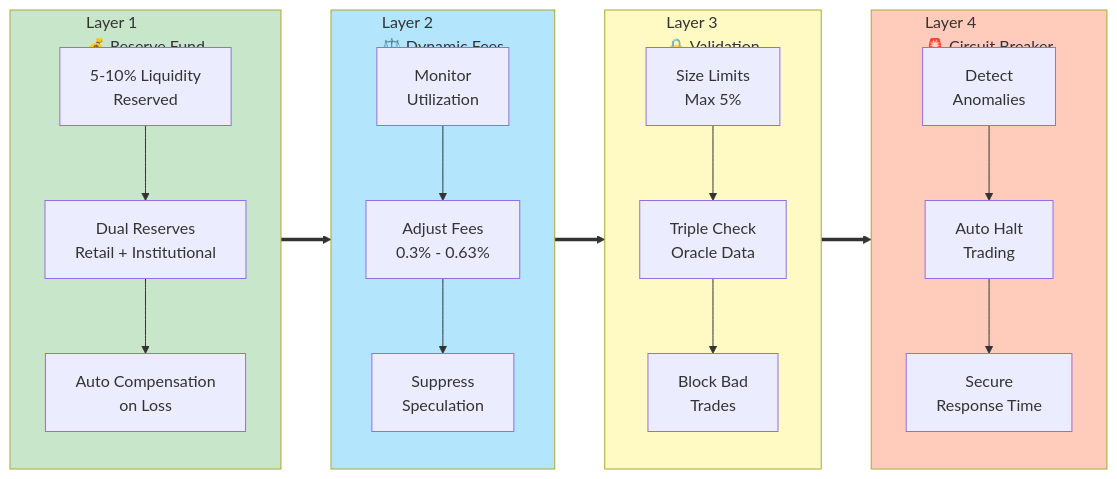
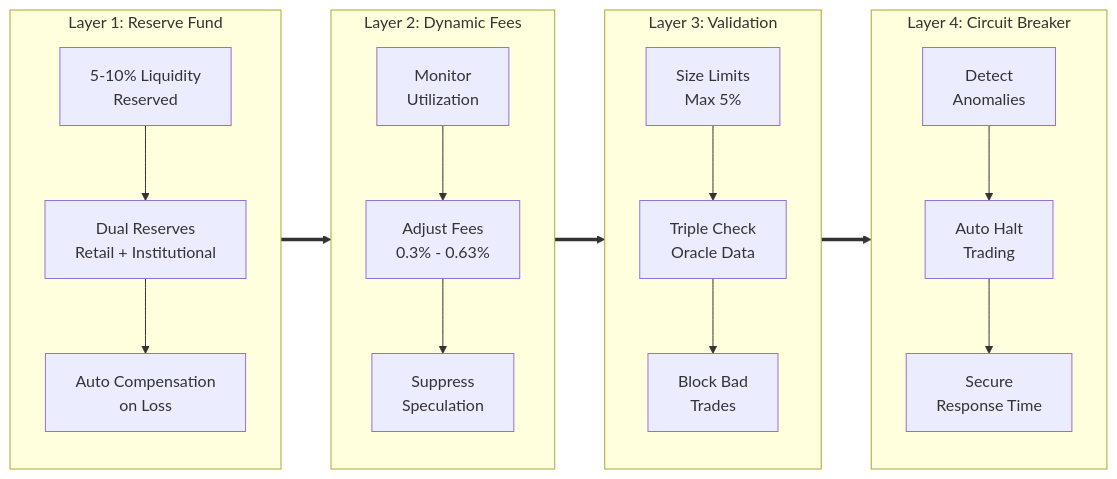
One commit to fbtopg/gurufin-docs changed the third of 3 diagrams in gurudex/06_risk_mitigation.md. Above: the diagram before and after it, drawn with Mermaid. The commit also changed other lines of this file and 18 other files, not shown here.

````diff
--- a/gurudex/06_risk_mitigation.md
+++ b/gurudex/06_risk_mitigation.md
@@ -381,41 +359,36 @@
 ```mermaid
 flowchart LR
-    subgraph L1["Layer 1<br/>💰 Reserve Fund"]
+    subgraph L1["Layer 1: Reserve Fund"]
         direction TB
         R1[5-10% Liquidity<br/>Reserved]
         R2[Dual Reserves<br/>Retail + Institutional]
         R3[Auto Compensation<br/>on Loss]
         R1 --> R2 --> R3
     end
     
-    subgraph L2["Layer 2<br/>⚖️ Dynamic Fees"]
+    subgraph L2["Layer 2: Dynamic Fees"]
         direction TB
         F1[Monitor<br/>Utilization]
         F2[Adjust Fees<br/>0.3% - 0.63%]
         F3[Suppress<br/>Speculation]
         F1 --> F2 --> F3
     end
     
-    subgraph L3["Layer 3<br/>🔒 Validation"]
+    subgraph L3["Layer 3: Validation"]
         direction TB
         V1[Size Limits<br/>Max 5%]
         V2[Triple Check<br/>Oracle Data]
         V3[Block Bad<br/>Trades]
         V1 --> V2 --> V3
     end
     
-    subgraph L4["Layer 4<br/>🚨 Circuit Breaker"]
+    subgraph L4["Layer 4: Circuit Breaker"]
         direction TB
         C1[Detect<br/>Anomalies]
         C2[Auto Halt<br/>Trading]
         C3[Secure<br/>Response Time]
         C1 --> C2 --> C3
     end
     
     L1 ==> L2 ==> L3 ==> L4
-    
-    style L1 fill:#c8e6c9
-    style L2 fill:#b3e5fc
-    style L3 fill:#fff9c4
-    style L4 fill:#ffccbc
 ```
````
